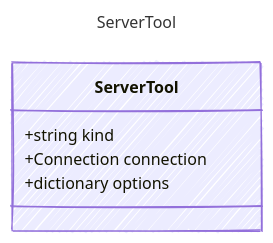
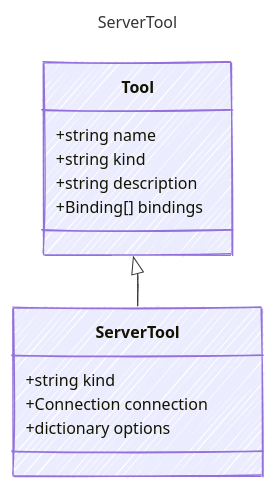
The diagram in specification/prompty/docs/ServerTool.md (microsoft/prompty), drawn with Mermaid before and after one commit. The commit also changed 24 other files, not shown here.

````diff
--- a/specification/prompty/docs/ServerTool.md
+++ b/specification/prompty/docs/ServerTool.md
@@ -11,17 +11,24 @@
 ```mermaid
 ---
 title: ServerTool
 config:
   look: handDrawn
   theme: colorful
   class:
     hideEmptyMembersBox: true
 ---
 classDiagram
+    class Tool {
+        +string name
+        +string kind
+        +string description
+        +Binding[] bindings
+    }
+    Tool <|-- ServerTool
     class ServerTool {
       
         +string kind
         +Connection connection
         +dictionary options
     }
 ```
````
